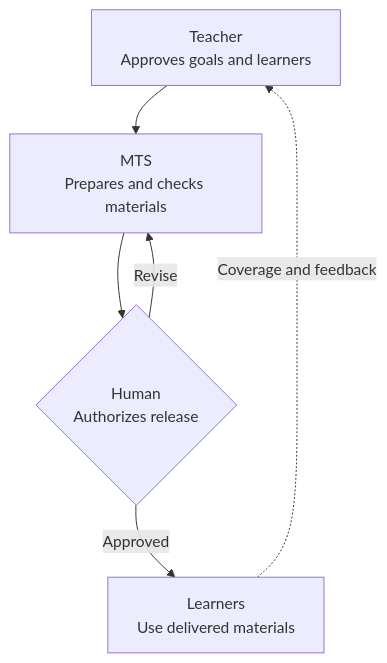
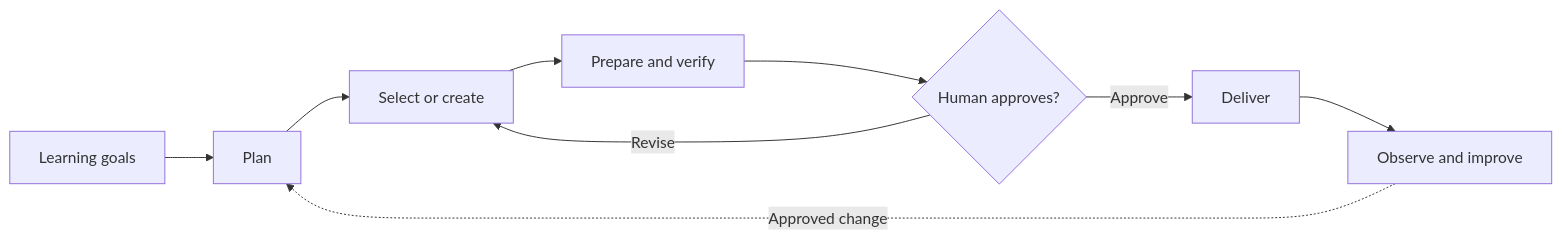
One commit to krishna-chaitanya-kondapi/mts-software-factory changed the diagram in product.md. Above: the diagram before and after it, drawn with Mermaid. The commit also changed other lines of this file and 3 other files, not shown here.

````diff
--- a/product.md
+++ b/product.md
@@ -31,8 +42,11 @@
 ```mermaid
-flowchart TB
-  T["Teacher<br/>Approves goals and learners"] --> M["MTS<br/>Prepares and checks materials"]
-  M --> H{"Human<br/>Authorizes release"}
-  H -->|Approved| L["Learners<br/>Use delivered materials"]
-  H -->|Revise| M
-  L -.->|Coverage and feedback| T
+flowchart LR
+  Intent["Learning goals"] --> Plan["Plan"]
+  Plan --> Create["Select or create"]
+  Create --> Verify["Prepare and verify"]
+  Verify --> Gate{"Human approves?"}
+  Gate -->|Revise| Create
+  Gate -->|Approve| Deliver["Deliver"]
+  Deliver --> Learn["Observe and improve"]
+  Learn -.->|Approved change| Plan
 ```
````
